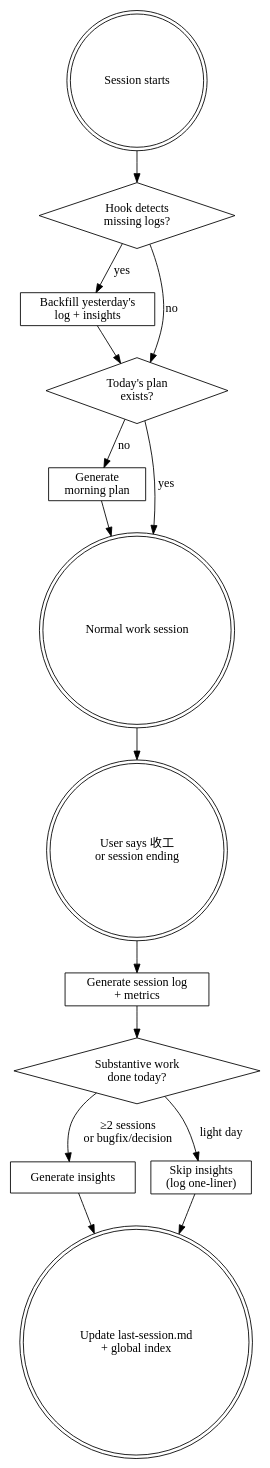
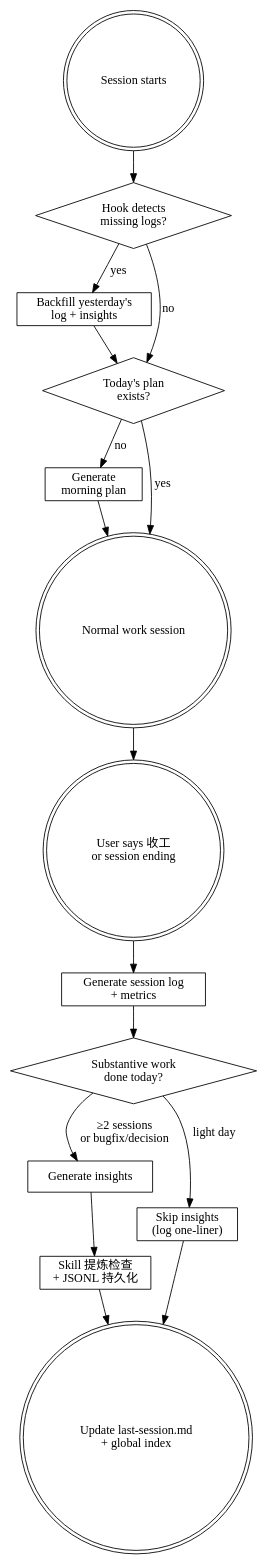
One commit to lixiaojie/dev-horcrux changed the first of 2 diagrams in SKILL.md. Above: the diagram before and after it, drawn with Graphviz. The commit also changed other lines of this file and 1 other file, not shown here.

First line of the commit message:
feat: v1.7.0 — skill candidate persistence with cross-day signal tracking

````diff
--- a/SKILL.md
+++ b/SKILL.md
@@ -30,34 +30,36 @@
 ```dot
 digraph dev_journal {
   rankdir=TB;
   node [shape=box];
 
   session_start [label="Session starts" shape=doublecircle];
   hook_check [label="Hook detects\nmissing logs?" shape=diamond];
   backfill [label="Backfill yesterday's\nlog + insights"];
   plan_exists [label="Today's plan\nexists?" shape=diamond];
   gen_plan [label="Generate\nmorning plan"];
   work [label="Normal work session" shape=doublecircle];
   session_end [label="User says 收工\nor session ending" shape=doublecircle];
   gen_log [label="Generate session log\n+ metrics"];
   insights_check [label="Substantive work\ndone today?" shape=diamond];
   gen_insights [label="Generate insights"];
+  skill_check [label="Skill 提炼检查\n+ JSONL 持久化"];
   skip_insights [label="Skip insights\n(log one-liner)"];
   done [label="Update last-session.md\n+ global index" shape=doublecircle];
 
   session_start -> hook_check;
   hook_check -> backfill [label="yes"];
   hook_check -> plan_exists [label="no"];
   backfill -> plan_exists;
   plan_exists -> gen_plan [label="no"];
   plan_exists -> work [label="yes"];
   gen_plan -> work;
   work -> session_end;
   session_end -> gen_log;
   gen_log -> insights_check;
   insights_check -> gen_insights [label="≥2 sessions\nor bugfix/decision"];
   insights_check -> skip_insights [label="light day"];
-  gen_insights -> done;
+  gen_insights -> skill_check;
+  skill_check -> done;
   skip_insights -> done;
 }
 ```
````
